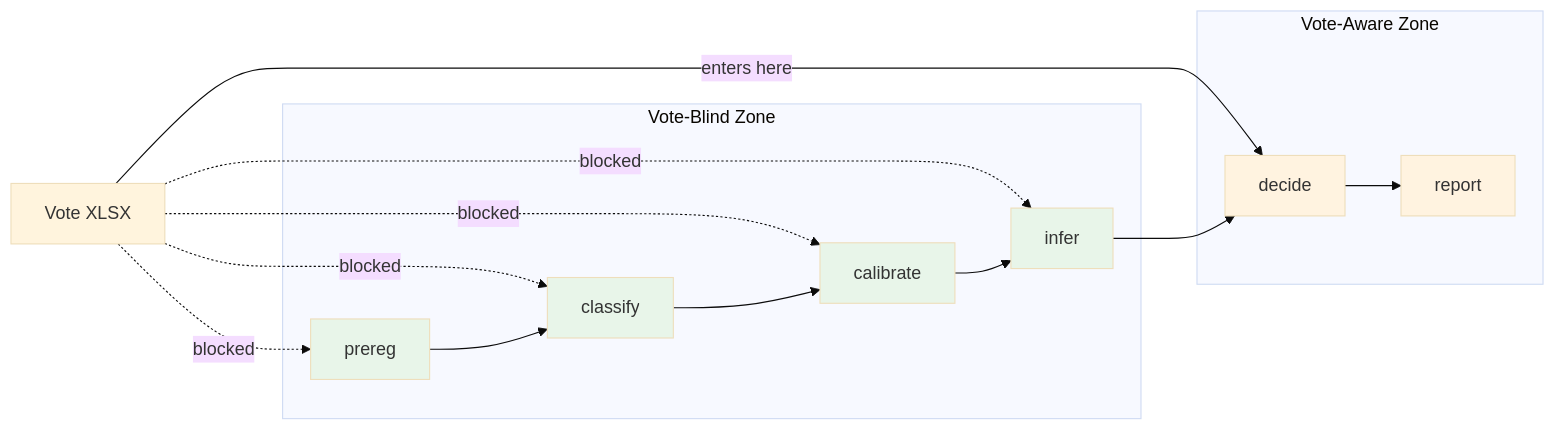
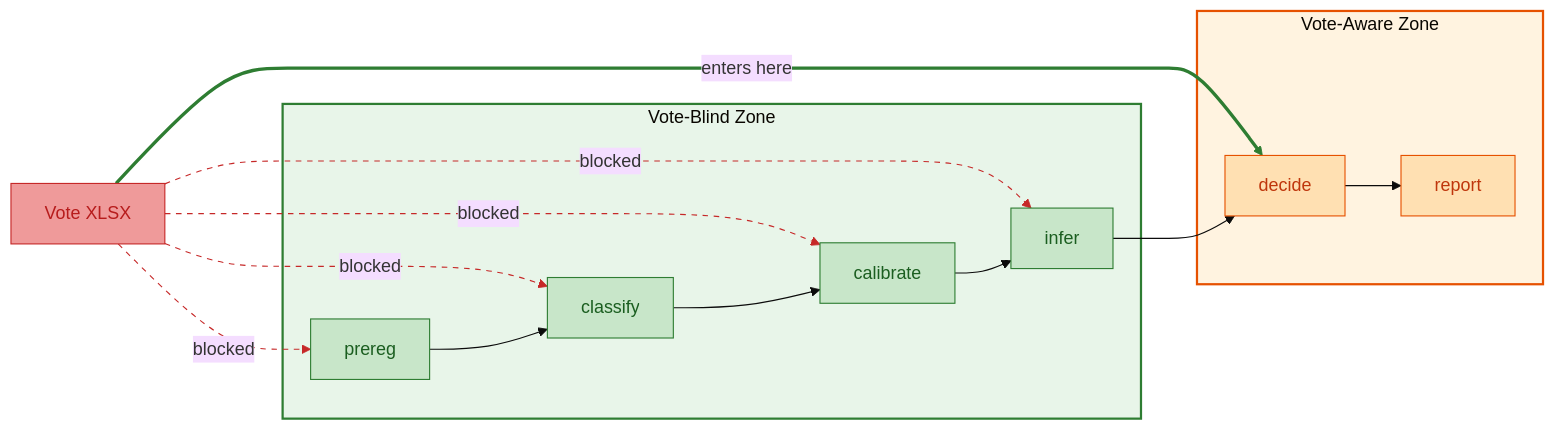
The third of 3 diagrams in README.md (rocklambros/incident-rank-validation), drawn with Mermaid (base theme) before and after one commit. The commit also changed other lines of this file, not shown here.

First line of the commit message:
docs(readme): add color styling to mermaid diagrams

````diff
--- a/README.md
+++ b/README.md
@@ -150,29 +202,41 @@
 ```mermaid
 graph LR
-    subgraph "Vote-Blind Zone"
+    subgraph blind ["Vote-Blind Zone"]
         PR[prereg]
         CL[classify]
         CA[calibrate]
         IN[infer]
     end
 
-    subgraph "Vote-Aware Zone"
+    subgraph aware ["Vote-Aware Zone"]
         DE[decide]
         RE[report]
     end
 
-    VOTE["Vote XLSX"] -.->|"blocked"| PR
+    VOTE["Vote XLSX"]
+
+    VOTE -.->|"blocked"| PR
     VOTE -.->|"blocked"| CL
     VOTE -.->|"blocked"| CA
     VOTE -.->|"blocked"| IN
-    VOTE -->|"enters here"| DE
+    VOTE ==>|"enters here"| DE
 
     PR --> CL --> CA --> IN --> DE --> RE
 
-    style PR fill:#e8f5e9
-    style CL fill:#e8f5e9
-    style CA fill:#e8f5e9
-    style IN fill:#e8f5e9
-    style DE fill:#fff3e0
-    style RE fill:#fff3e0
+    style blind fill:#e8f5e9,stroke:#2e7d32,stroke-width:2px
+    style aware fill:#fff3e0,stroke:#e65100,stroke-width:2px
+
+    style PR fill:#c8e6c9,stroke:#2e7d32,color:#1b5e20
+    style CL fill:#c8e6c9,stroke:#2e7d32,color:#1b5e20
+    style CA fill:#c8e6c9,stroke:#2e7d32,color:#1b5e20
+    style IN fill:#c8e6c9,stroke:#2e7d32,color:#1b5e20
+    style DE fill:#ffe0b2,stroke:#e65100,color:#bf360c
+    style RE fill:#ffe0b2,stroke:#e65100,color:#bf360c
+    style VOTE fill:#ef9a9a,stroke:#c62828,color:#b71c1c
+
+    linkStyle 0 stroke:#c62828,stroke-dasharray:5
+    linkStyle 1 stroke:#c62828,stroke-dasharray:5
+    linkStyle 2 stroke:#c62828,stroke-dasharray:5
+    linkStyle 3 stroke:#c62828,stroke-dasharray:5
+    linkStyle 4 stroke:#2e7d32,stroke-width:3px
 ```
````
